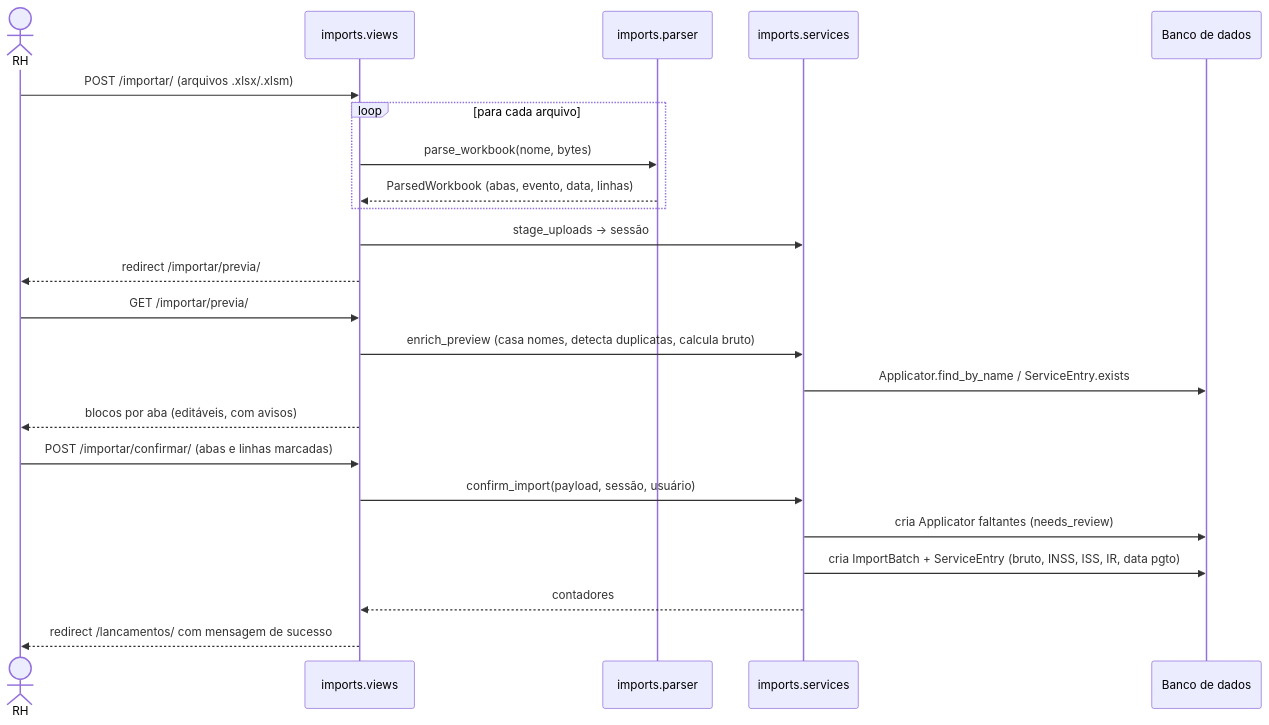
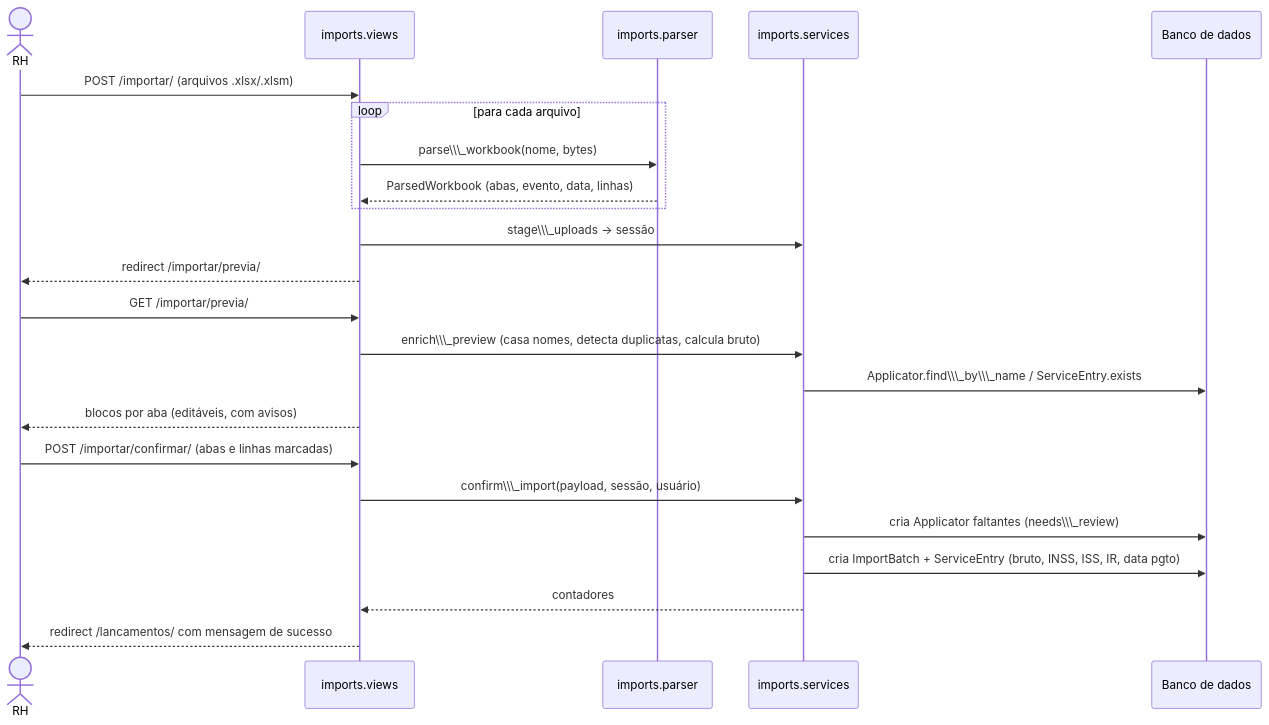
One commit to bernardozschaber/prova-pay changed the second of 3 diagrams in README.md. Above: the diagram before and after it, drawn with Mermaid. The commit also changed other lines of this file and 13 other files, not shown here.

````diff
--- a/README.md
+++ b/README.md
@@ -155,26 +155,26 @@
 ```mermaid
 sequenceDiagram
     actor RH
     participant View as imports.views
     participant Parser as imports.parser
     participant Service as imports.services
     participant DB as Banco de dados
 
     RH->>View: POST /importar/ (arquivos .xlsx/.xlsm)
     loop para cada arquivo
-        View->>Parser: parse_workbook(nome, bytes)
+        View->>Parser: parse\\\_workbook(nome, bytes)
         Parser-->>View: ParsedWorkbook (abas, evento, data, linhas)
     end
-    View->>Service: stage_uploads → sessão
+    View->>Service: stage\\\_uploads → sessão
     View-->>RH: redirect /importar/previa/
     RH->>View: GET /importar/previa/
-    View->>Service: enrich_preview (casa nomes, detecta duplicatas, calcula bruto)
-    Service->>DB: Applicator.find_by_name / ServiceEntry.exists
+    View->>Service: enrich\\\_preview (casa nomes, detecta duplicatas, calcula bruto)
+    Service->>DB: Applicator.find\\\_by\\\_name / ServiceEntry.exists
     View-->>RH: blocos por aba (editáveis, com avisos)
     RH->>View: POST /importar/confirmar/ (abas e linhas marcadas)
-    View->>Service: confirm_import(payload, sessão, usuário)
-    Service->>DB: cria Applicator faltantes (needs_review)
+    View->>Service: confirm\\\_import(payload, sessão, usuário)
+    Service->>DB: cria Applicator faltantes (needs\\\_review)
     Service->>DB: cria ImportBatch + ServiceEntry (bruto, INSS, ISS, IR, data pgto)
     Service-->>View: contadores
     View-->>RH: redirect /lancamentos/ com mensagem de sucesso
 ```
````
